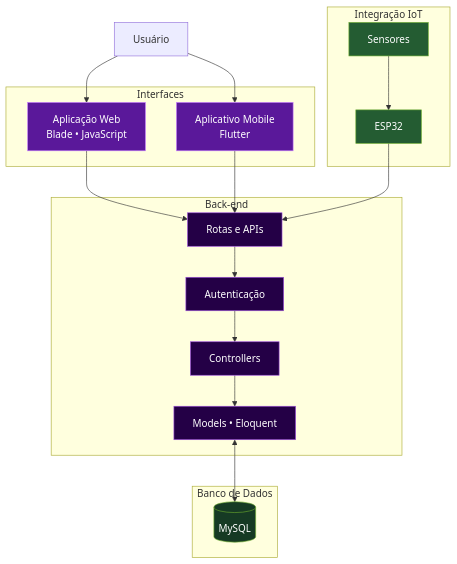
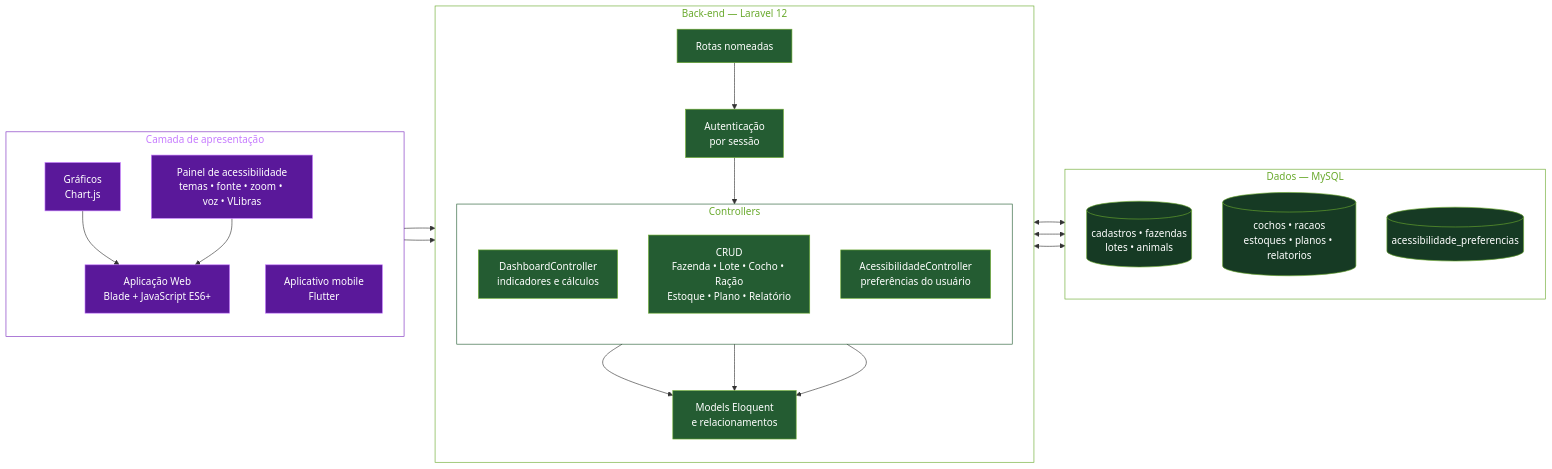
One commit to brunafigueirasilva/brunafigueirasilva changed the diagram in README.md. Above: the diagram before and after it, drawn with Mermaid. The commit also changed other lines of this file, not shown here.

````diff
--- a/README.md
+++ b/README.md
@@ -170,50 +146,53 @@
 ```mermaid
-flowchart TD
-
-    U["Usuário"]
-
-    subgraph FRONT["Interfaces"]
-        WEB["Aplicação Web<br/>Blade • JavaScript"]
-        MOB["Aplicativo Mobile<br/>Flutter"]
+flowchart LR
+    subgraph C["Camada de apresentação"]
+        direction TB
+        W["Aplicação Web<br/>Blade + JavaScript ES6+"]
+        G["Gráficos<br/>Chart.js"]
+        AC["Painel de acessibilidade<br/>temas • fonte • zoom • voz • VLibras"]
+        M["Aplicativo mobile<br/>Flutter"]
     end
 
-    subgraph BACK["Back-end"]
-        API["Rotas e APIs"]
-        AUTH["Autenticação"]
-        CTRL["Controllers"]
-        ORM["Models • Eloquent"]
+    subgraph B["Back-end — Laravel 12"]
+        direction TB
+        R["Rotas nomeadas"]
+        AU["Autenticação<br/>por sessão"]
+        subgraph CT["Controllers"]
+            direction TB
+            DC["DashboardController<br/>indicadores e cálculos"]
+            CR["CRUD<br/>Fazenda • Lote • Cocho • Ração<br/>Estoque • Plano • Relatório"]
+            AP["AcessibilidadeController<br/>preferências do usuário"]
+        end
+        MO["Models Eloquent<br/>e relacionamentos"]
     end
 
-    subgraph DATA["Banco de Dados"]
-        DB[("MySQL")]
+    subgraph D["Dados — MySQL"]
+        direction TB
+        T1[("cadastros • fazendas<br/>lotes • animals")]
+        T2[("cochos • racaos<br/>estoques • planos • relatorios")]
+        T3[("acessibilidade_preferencias")]
     end
 
-    subgraph IOT["Integração IoT"]
-        ESP["ESP32"]
-        SENSOR["Sensores"]
-    end
+    W --> R
+    G --> W
+    AC --> W
+    M --> R
+    R --> AU --> CT
+    DC --> MO
+    CR --> MO
+    AP --> MO
+    MO <--> T1
+    MO <--> T2
+    MO <--> T3
 
-    U --> WEB
-    U --> MOB
-
-    WEB --> API
-    MOB --> API
-
-    API --> AUTH
-    AUTH --> CTRL
-    CTRL --> ORM
-    ORM <--> DB
-
-    SENSOR --> ESP
-    ESP --> API
-
-    class WEB,MOB front
-    class API,AUTH,CTRL,ORM backend
-    class DB database
-    class ESP,SENSOR iot
-
-    classDef front fill:#5A189A,color:#FFFFFF,stroke:#C77DFF
-    classDef backend fill:#240046,color:#FFFFFF,stroke:#9D4EDD
-    classDef database fill:#163A24,color:#FFFFFF,stroke:#6AAA2E
-    classDef iot fill:#245C32,color:#FFFFFF,stroke:#6AAA2E
+    classDef roxo fill:#5A189A,color:#fff,stroke:#C77DFF
+    classDef verde fill:#245C32,color:#fff,stroke:#6AAA2E
+    classDef escuro fill:#163A24,color:#fff,stroke:#6AAA2E
+    class W,G,AC,M roxo
+    class R,AU,DC,CR,AP,MO verde
+    class T1,T2,T3 escuro
+    style C fill:transparent,stroke:#7B2CBF,color:#C77DFF
+    style B fill:transparent,stroke:#6AAA2E,color:#6AAA2E
+    style CT fill:transparent,stroke:#245C32,color:#6AAA2E
+    style D fill:transparent,stroke:#6AAA2E,color:#6AAA2E
 ```
````
